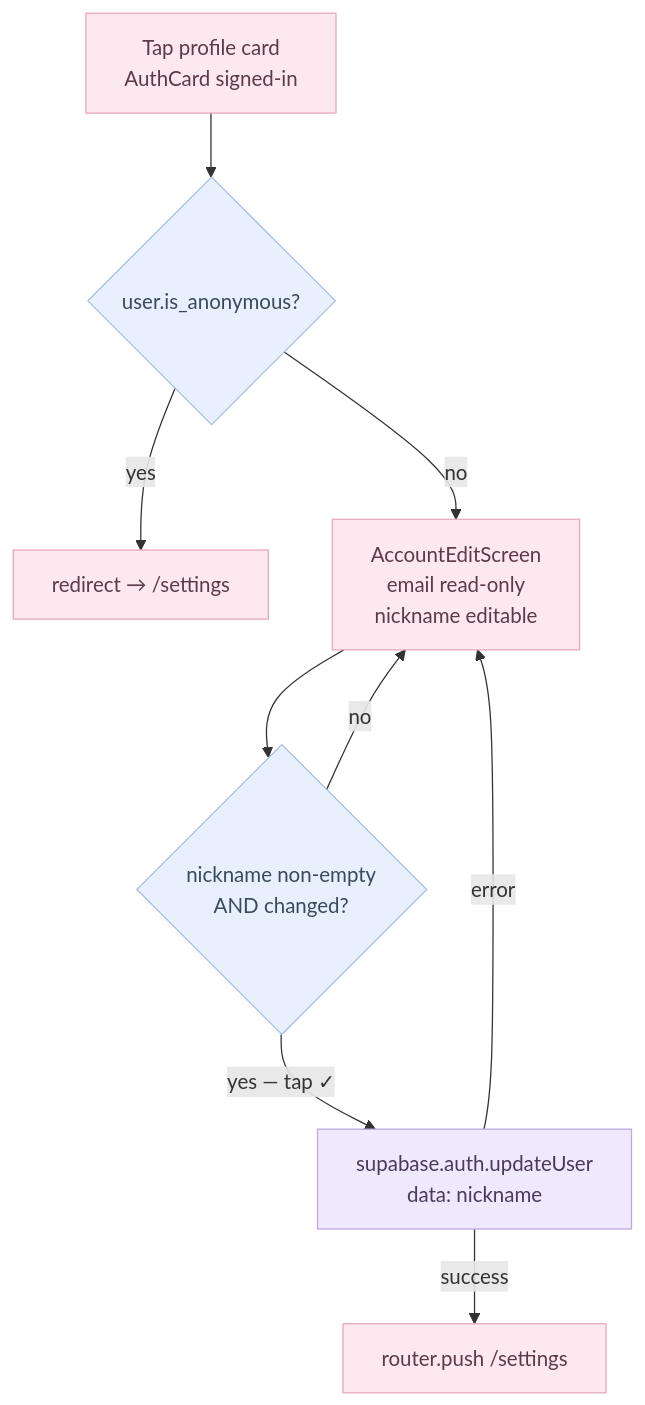
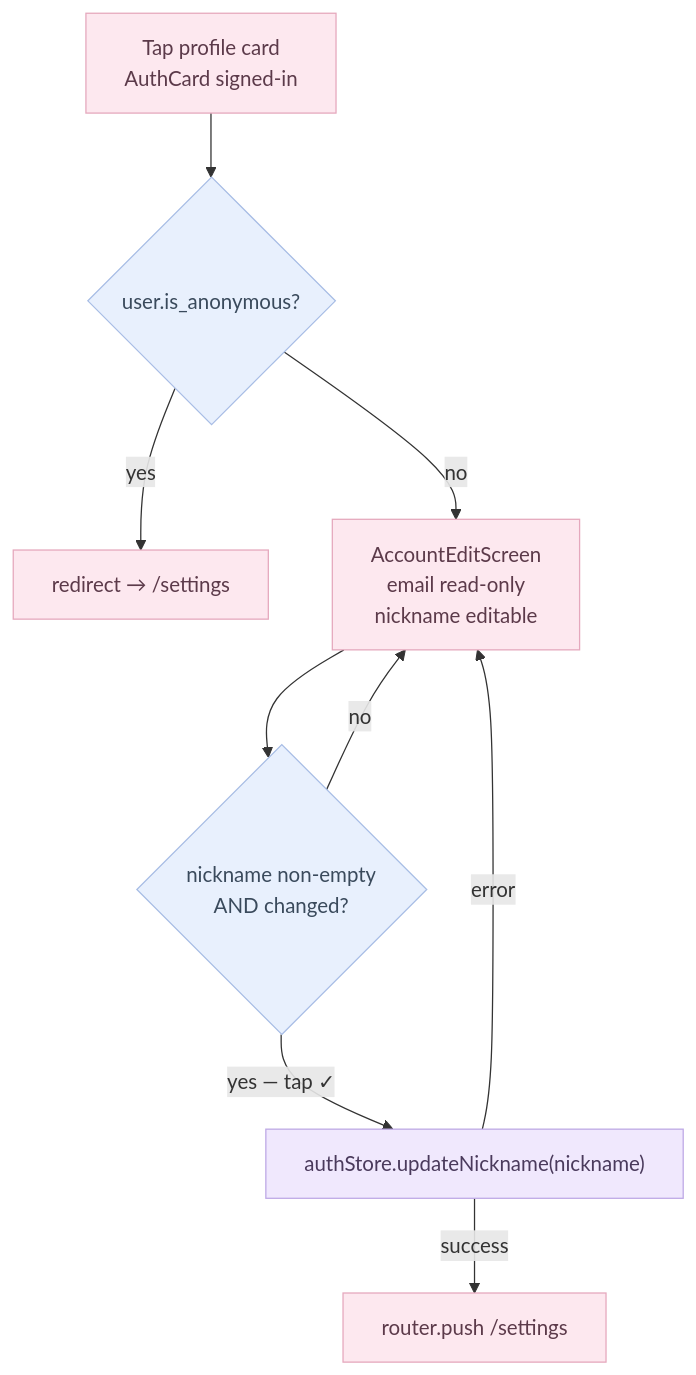
Before and after one commit to soojjung/dwee-wellness-tracker: the second of 4 diagrams in docs/flows/settings.md, drawn with Mermaid. The commit also changed other lines of this file and 169 other files, not shown here.

````diff
--- a/docs/flows/settings.md
+++ b/docs/flows/settings.md
@@ -50,26 +50,26 @@
 ```mermaid
 flowchart TD
     Tap["Tap profile card\nAuthCard signed-in"]
     Guard{user.is_anonymous?}
     Bounce["redirect → /settings"]
     Form["AccountEditScreen\nemail read-only\nnickname editable"]
     Save{nickname non-empty\nAND changed?}
-    Update["supabase.auth.updateUser\ndata: nickname"]
+    Update["authStore.updateNickname(nickname)"]
     Back["router.push /settings"]
 
     Tap --> Guard
     Guard -->|yes| Bounce
     Guard -->|no| Form
     Form --> Save
     Save -->|no| Form
     Save -->|yes — tap ✓| Update
     Update -->|success| Back
     Update -->|error| Form
 
     classDef ui fill:#FDE8EF,stroke:#E5A8BD,color:#5C3A4A;
     classDef logic fill:#E8F0FD,stroke:#A8BDE5,color:#3A4A5C;
     classDef storage fill:#F0E8FD,stroke:#BDA8E5,color:#4A3A5C;
     class Tap,Form,Bounce,Back ui;
     class Guard,Save logic;
     class Update storage;
 ```
````
